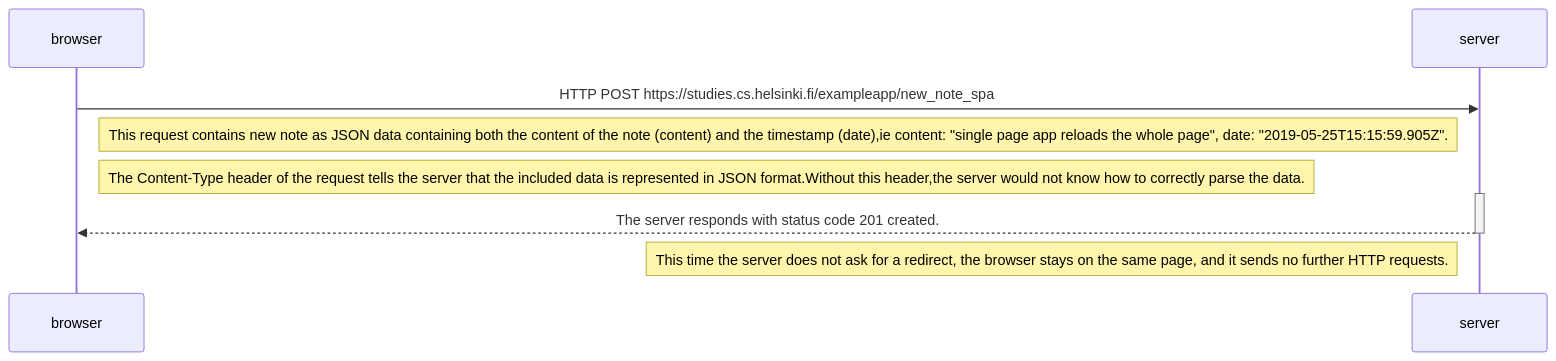
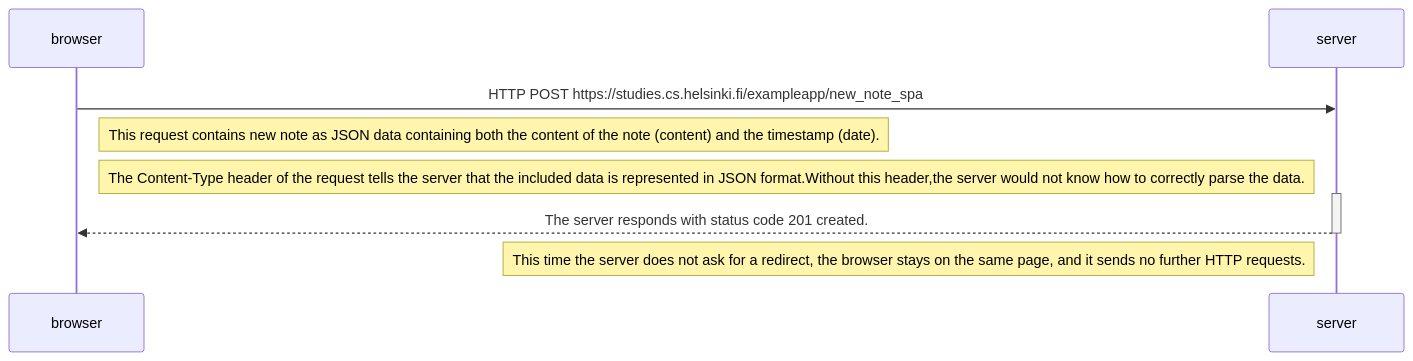
Before and after one commit to devKole/fullstackopen: the diagram in Part0/exercise06-spa.md, drawn with Mermaid.

````diff
--- a/Part0/exercise06-spa.md
+++ b/Part0/exercise06-spa.md
@@ -2,14 +2,14 @@
 ```mermaid
 sequenceDiagram
     participant browser
     participant server
     
     browser->>server: HTTP POST https://studies.cs.helsinki.fi/exampleapp/new_note_spa
-    Note right of browser: This request contains new note as JSON data containing both the content of the note (content) and the timestamp (date),ie   content: "single       page app reloads the whole page", date: "2019-05-25T15:15:59.905Z".
+    Note right of browser: This request contains new note as JSON data containing both the content of the note (content) and the timestamp (date).
     Note right of browser:The Content-Type header of the request tells the server that the included data is represented in JSON format.Without this header,the server would not know how to correctly parse the data.
     
     activate server
     server-->>browser:The server responds with status code 201 created.
     deactivate server 
     Note left of server: This time the server does not ask for a redirect, the browser stays on the same page, and it sends no further HTTP requests.
 ```
````
